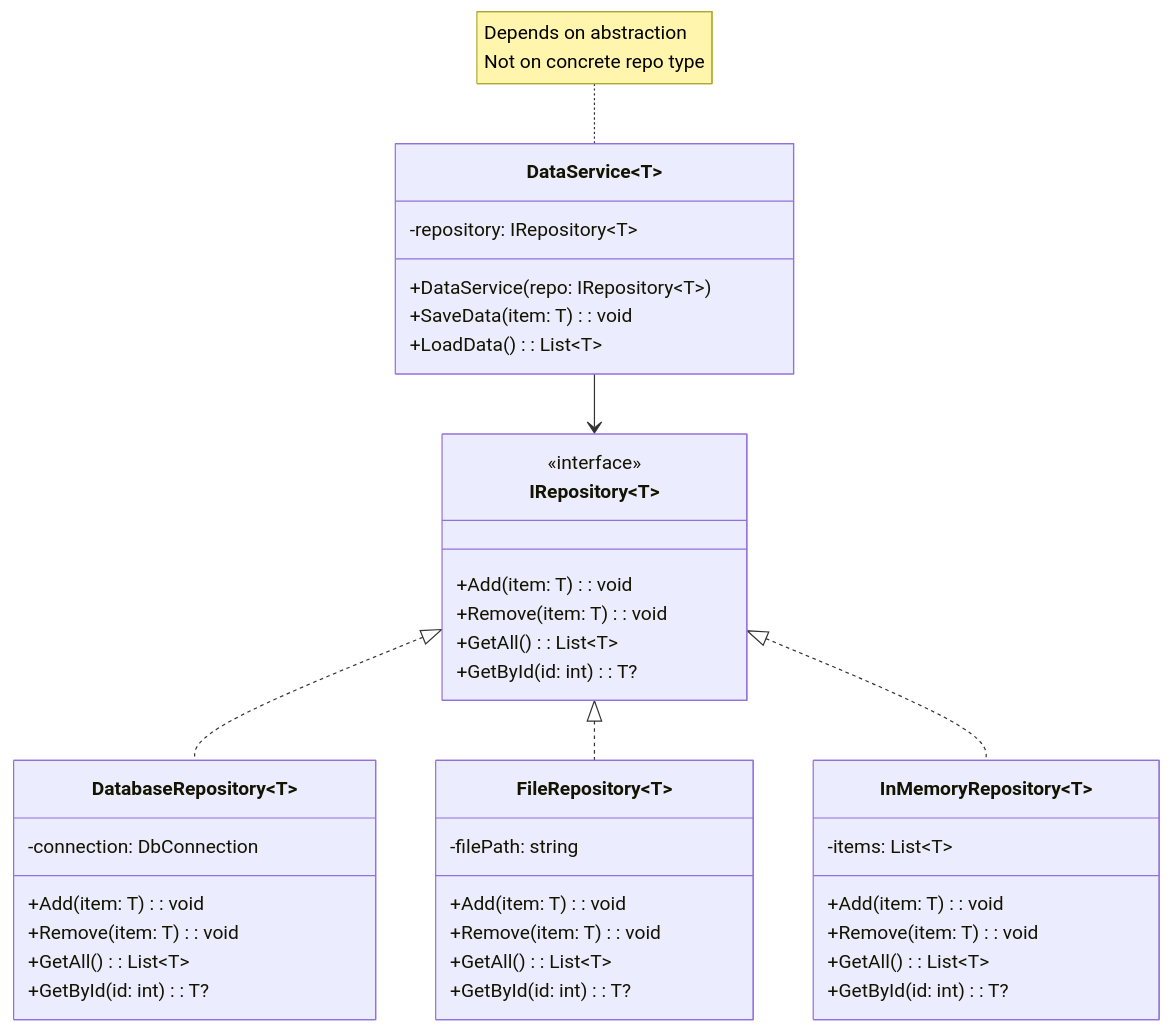
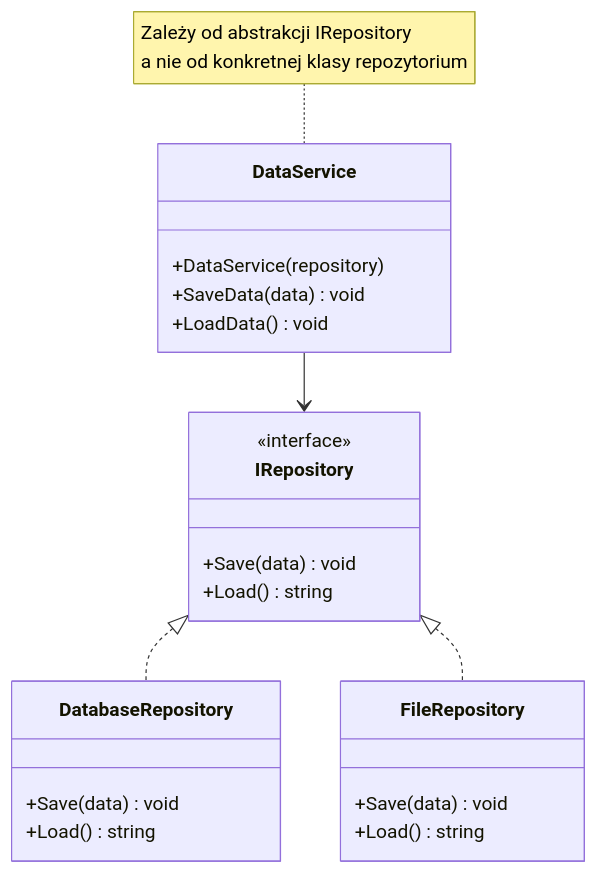
The third of 6 diagrams in src/07-interfejsy_abstrakcje/_04_interfaces_intro/diagrams/dependency_injection.md (tborzyszkowski/csharp-programming), drawn with Mermaid before and after one commit. The commit also changed other lines of this file and 12 other files, not shown here.

````diff
--- a/src/07-interfejsy_abstrakcje/_04_interfaces_intro/diagrams/dependency_injection.md
+++ b/src/07-interfejsy_abstrakcje/_04_interfaces_intro/diagrams/dependency_injection.md
@@ -70,55 +64,35 @@
 ```mermaid
 classDiagram
     direction TB
     
     %% Repository Interface
-    class IRepository~T~ {
+    class IRepository {
         <<interface>>
-        +Add(item: T): void
-        +Remove(item: T): void
-        +GetAll(): List~T~
-        +GetById(id: int): T?
+        +Save(data) void
+        +Load() string
     }
     
-    %% Multiple Repository Implementations
-    class DatabaseRepository~T~ {
-        -connection: DbConnection
-        +Add(item: T): void
-        +Remove(item: T): void
-        +GetAll(): List~T~
-        +GetById(id: int): T?
+    class DatabaseRepository {
+        +Save(data) void
+        +Load() string
     }
     
-    class FileRepository~T~ {
-        -filePath: string
-        +Add(item: T): void
-        +Remove(item: T): void
-        +GetAll(): List~T~
-        +GetById(id: int): T?
-    }
-    
-    class InMemoryRepository~T~ {
-        -items: List~T~
-        +Add(item: T): void
-        +Remove(item: T): void
-        +GetAll(): List~T~
-        +GetById(id: int): T?
+    class FileRepository {
+        +Save(data) void
+        +Load() string
     }
     
     %% Consumer with Dependency Injection
-    class DataService~T~ {
-        -repository: IRepository~T~
-        +DataService(repo: IRepository~T~)
-        +SaveData(item: T): void
-        +LoadData(): List~T~
+    class DataService {
+        +DataService(repository)
+        +SaveData(data) void
+        +LoadData() void
     }
     
     %% Relationships
-    IRepository~T~ <|.. DatabaseRepository~T~
-    IRepository~T~ <|.. FileRepository~T~
-    IRepository~T~ <|.. InMemoryRepository~T~
+    IRepository <|.. DatabaseRepository
+    IRepository <|.. FileRepository
+    DataService --> IRepository
     
-    DataService~T~ --> IRepository~T~
-    
-    note for DataService "Depends on abstraction<br/>Not on concrete repo type"
+    note for DataService "Zależy od abstrakcji IRepository<br/>a nie od konkretnej klasy repozytorium"
 ```
````
